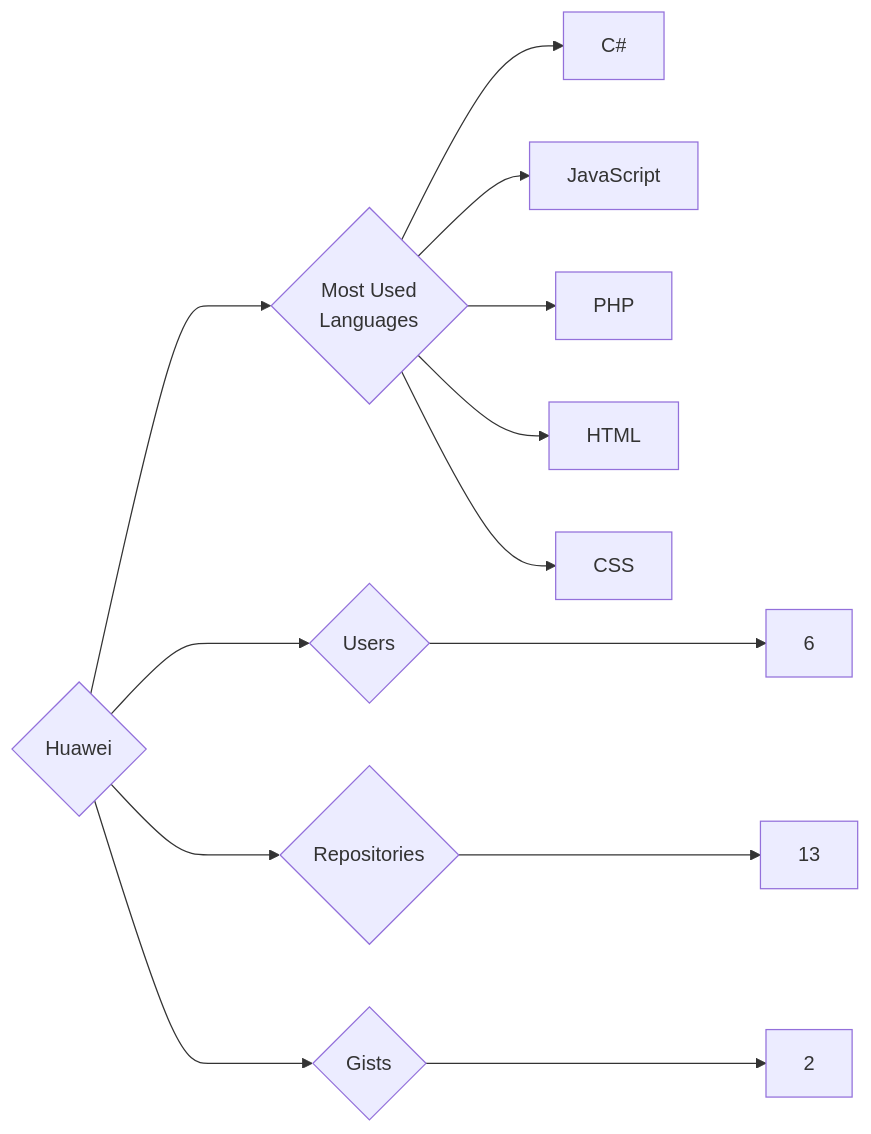
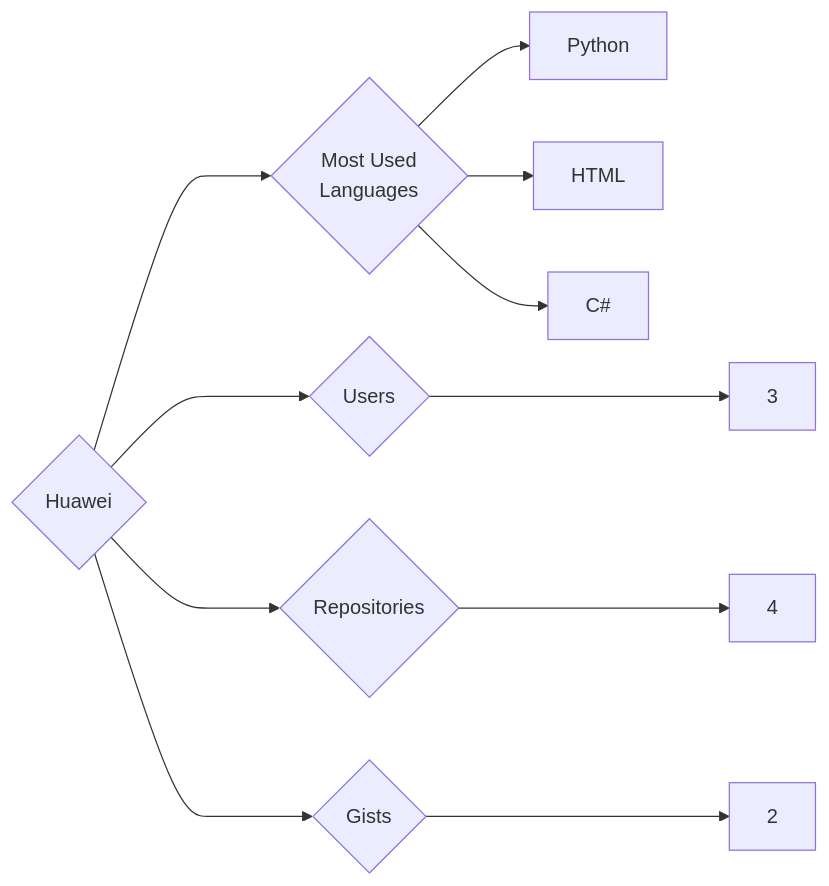
Before and after one commit to trickest/insiders: the diagram in targets/Huawei/README.md, drawn with Mermaid. The commit also changed 865 other files, not shown here.

````diff
--- a/targets/Huawei/README.md
+++ b/targets/Huawei/README.md
@@ -3,13 +3,11 @@
 ```mermaid
 graph LR
 COMPANY_NAME{Huawei}
-COMPANY_NAME ---> U{Users} ---> UN[6]
-COMPANY_NAME ---> R{Repositories} ---> RN[13]
+COMPANY_NAME ---> U{Users} ---> UN[3]
+COMPANY_NAME ---> R{Repositories} ---> RN[4]
 COMPANY_NAME ---> G{Gists} ---> GN[2]
 COMPANY_NAME ---> ML{Most Used<br>Languages}
+ML --> Python[Python]
+ML --> HTML[HTML]
 ML --> C#[C#]
-ML --> JavaScript[JavaScript]
-ML --> PHP[PHP]
-ML --> HTML[HTML]
-ML --> CSS[CSS]
 ```
````
